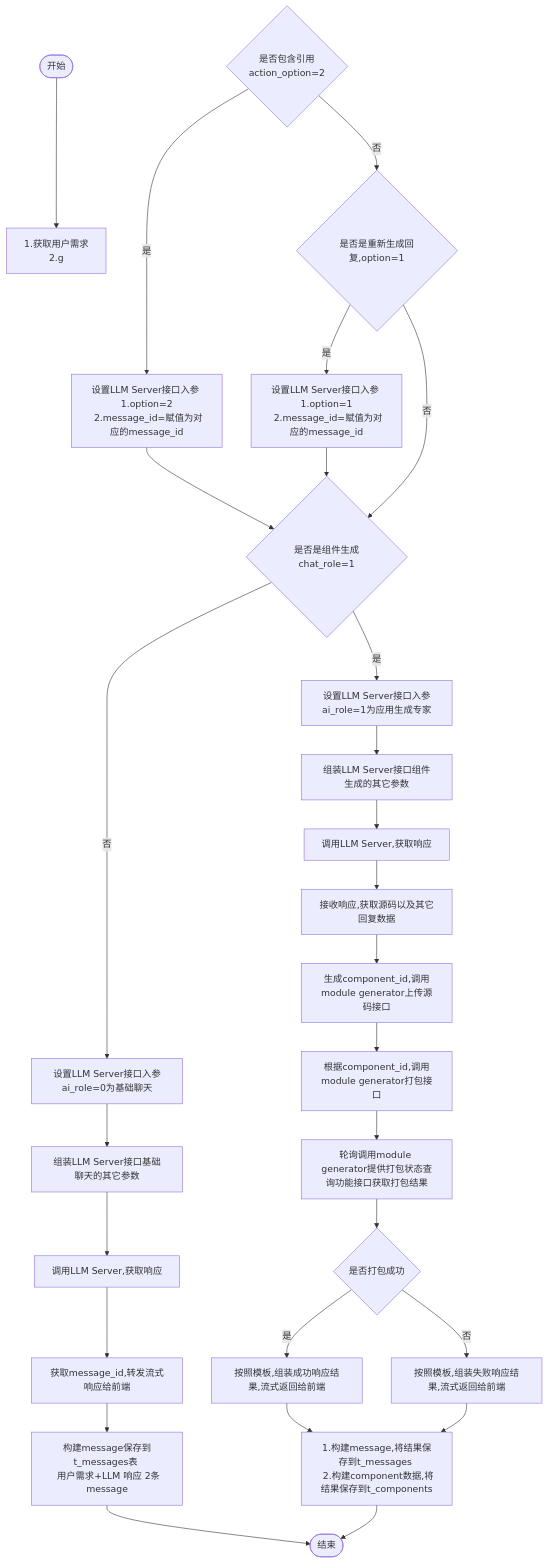
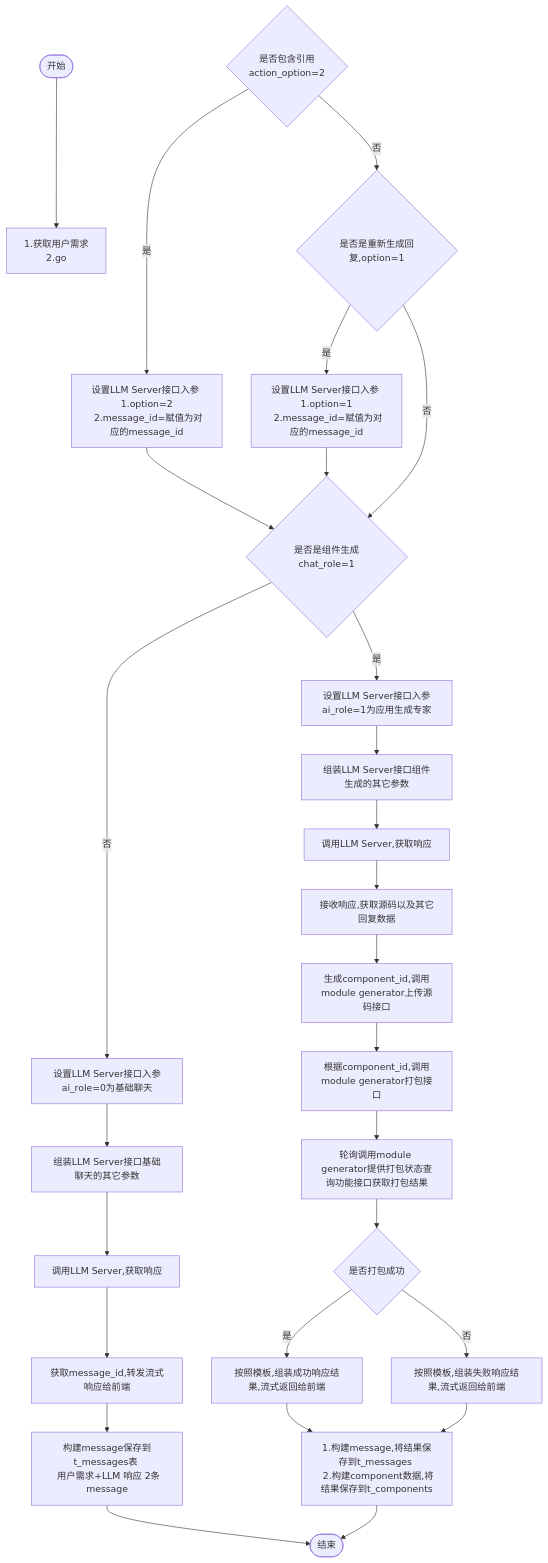
Before and after one commit to yingjianzh/iodraw-files: the diagram in all/w3-会话-不需要传递message.md, drawn with Mermaid.

Commit message:
2024-10-15 14:18:03 update

````diff
--- a/all/w3-会话-不需要传递message.md
+++ b/all/w3-会话-不需要传递message.md
@@ -1,34 +1,34 @@
 ```mermaid
 flowchart TD
-    A([开始]) --> B[1.获取用户需求 \n 2.g]
+    A([开始]) --> B[1.获取用户需求 \n 2.go]
     D{是否包含引用 \n action_option=2}
     D -- 是 --> E[设置LLM Server接口入参 \n 1.option=2 \n 2.message_id=赋值为对应的message_id]
     D -- 否 --> F{是否是重新生成回复,option=1}
     F -- 是 --> G[设置LLM Server接口入参 \n 1.option=1 \n 2.message_id=赋值为对应的message_id]
     F -- 否 --> I
      
     E & G --> I{是否是组件生成chat_role=1}
     I -- 否 --> K[设置LLM Server接口入参ai_role=0为基础聊天]
     I -- 是 --> J[设置LLM Server接口入参ai_role=1为应用生成专家]
     
 
     J --> L[组装LLM Server接口组件生成的其它参数]    
     K --> M[组装LLM Server接口基础聊天的其它参数]    
     M --> N[调用LLM Server,获取响应]    
     N --> O[获取message_id,转发流式响应给前端]
     O --> P[构建message保存到t_messages表 \n 用户需求+LLM 响应 2条message]
     P --> R([结束])
 
 
     L --> S[调用LLM Server,获取响应]
     S --> T[接收响应,获取源码以及其它回复数据]
     T --> U[生成component_id,调用module generator上传源码接口]
     U --> V[根据component_id,调用module generator打包接口]
     V --> W[轮询调用module generator提供打包状态查询功能接口获取打包结果]
     W --> X{是否打包成功}
     X -- 是 --> Y[按照模板,组装成功响应结果,流式返回给前端]
     X -- 否 --> Z[按照模板,组装失败响应结果,流式返回给前端]
 
     Y & Z --> Result[1.构建message,将结果保存到t_messages \n 2.构建component数据,将结果保存到t_components]
     Result --> R
 ```
````
